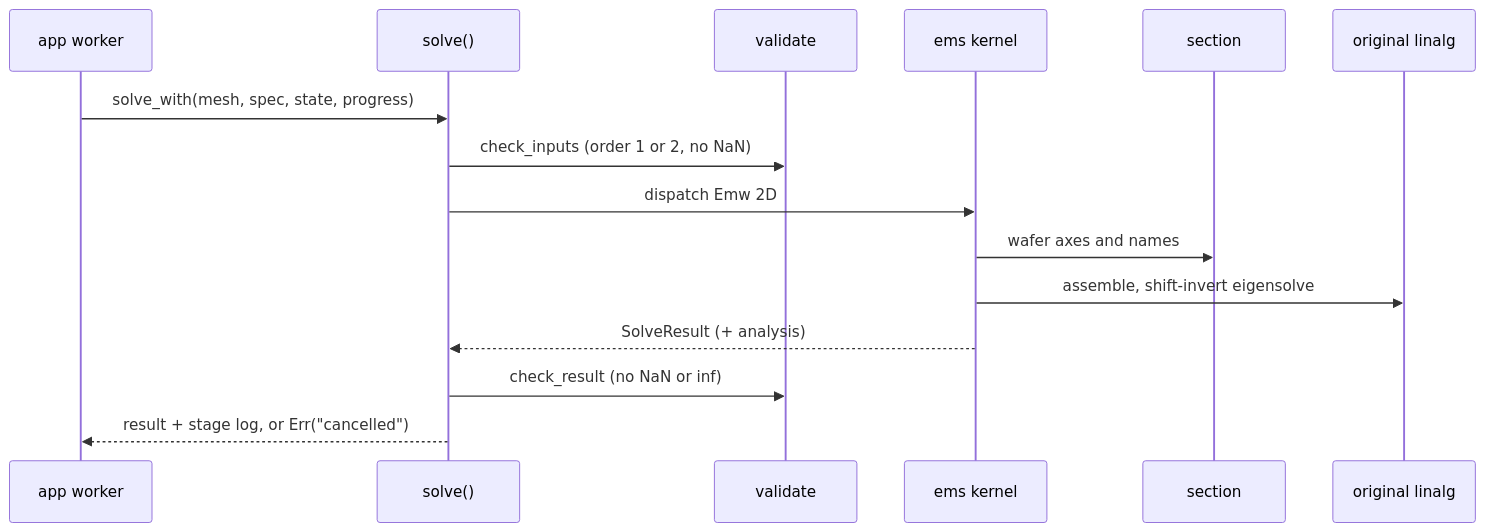
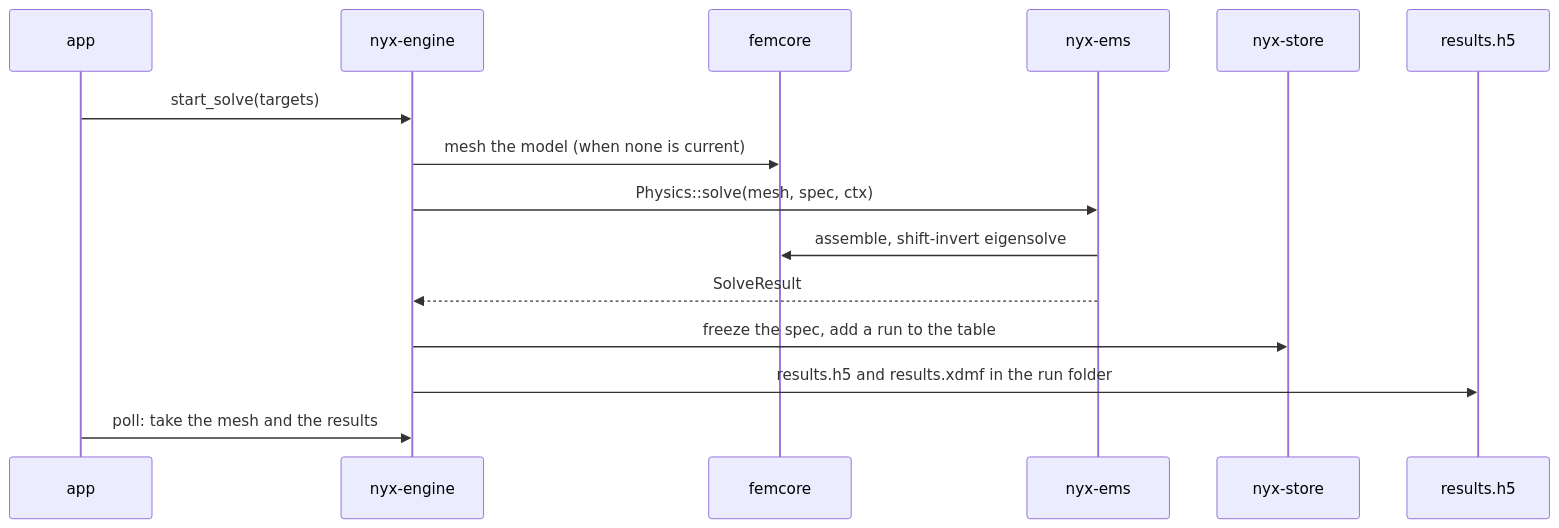
One commit to p-j-r/nyx changed the fifth of 7 diagrams in docs/architecture/diagrams.md. Above: the diagram before and after it, drawn with Mermaid. The commit also changed other lines of this file and 50 other files, not shown here.

````diff
--- a/docs/architecture/diagrams.md
+++ b/docs/architecture/diagrams.md
@@ -116,17 +143,17 @@
 ```mermaid
 sequenceDiagram
-  participant App as app worker
-  participant S as solve()
-  participant V as validate
-  participant K as ems kernel
-  participant Sec as section
-  participant L as original linalg
-  App->>S: solve_with(mesh, spec, state, progress)
-  S->>V: check_inputs (order 1 or 2, no NaN)
-  S->>K: dispatch Emw 2D
-  K->>Sec: wafer axes and names
-  K->>L: assemble, shift-invert eigensolve
-  K-->>S: SolveResult (+ analysis)
-  S->>V: check_result (no NaN or inf)
-  S-->>App: result + stage log, or Err("cancelled")
+  participant W as app
+  participant E as nyx-engine
+  participant F as femcore
+  participant K as nyx-ems
+  participant S as nyx-store
+  participant H as results.h5
+  W->>E: start_solve(targets)
+  E->>F: mesh the model (when none is current)
+  E->>K: Physics::solve(mesh, spec, ctx)
+  K->>F: assemble, shift-invert eigensolve
+  K-->>E: SolveResult
+  E->>S: freeze the spec, add a run to the table
+  E->>H: results.h5 and results.xdmf in the run folder
+  W->>E: poll: take the mesh and the results
 ```
````
